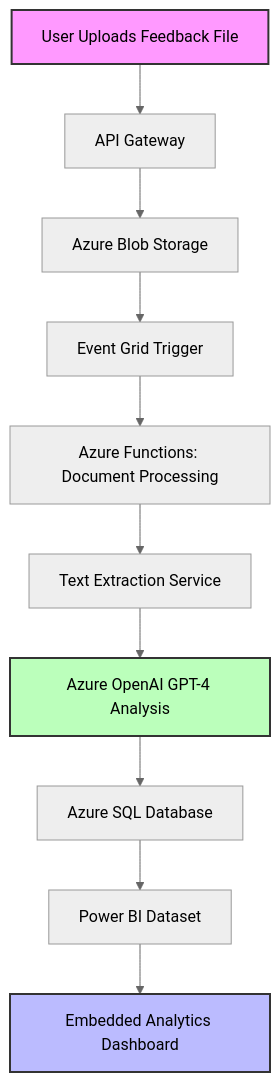
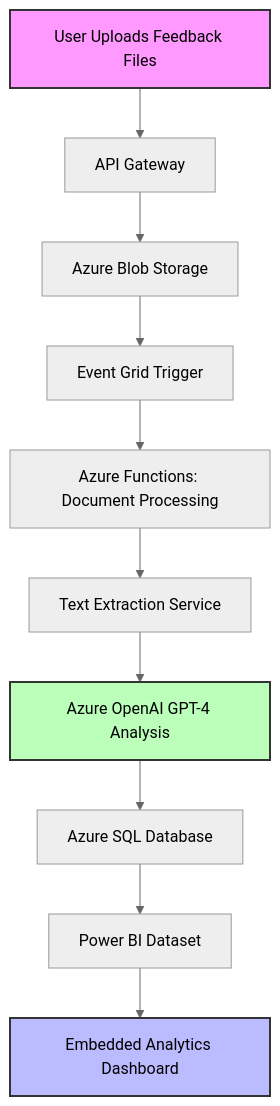
Before and after one commit to victorbash400/AnalitiqProject: the diagram in README.md, drawn with Mermaid (neutral theme). The commit also changed other lines of this file, not shown here.

````diff
--- a/README.md
+++ b/README.md
@@ -81,16 +89,16 @@
 ```mermaid
 graph TD
-    A[User Uploads Feedback File] --> B[API Gateway]
+    A[User Uploads Feedback Files] --> B[API Gateway]
     B --> C[Azure Blob Storage]
     C --> D[Event Grid Trigger]
     D --> E[Azure Functions: Document Processing]
     E --> F[Text Extraction Service]
     F --> G[Azure OpenAI GPT-4 Analysis]
     G --> H[Azure SQL Database]
     H --> I[Power BI Dataset]
     I --> J[Embedded Analytics Dashboard]
     
     style A fill:#f9f,stroke:#333,stroke-width:2px
     style G fill:#bfb,stroke:#333,stroke-width:2px
     style J fill:#bbf,stroke:#333,stroke-width:2px
 ```
````
